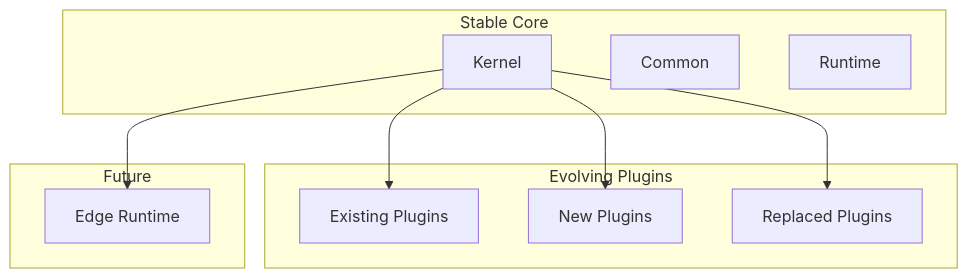
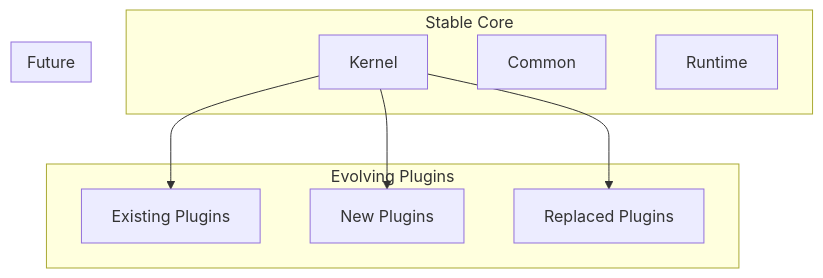
One commit to setu-ts/setu-ts changed diagram 18 of 18 in ARCHITECTURE.md. Above: the diagram before and after it, drawn with Mermaid. The commit also changed 6 other files, not shown here.

````diff
--- a/ARCHITECTURE.md
+++ b/ARCHITECTURE.md
@@ -2446,23 +2446,21 @@
 ```mermaid
 graph TB
     subgraph Stable Core
         Kernel[Kernel]
         Common[Common]
         Runtime[Runtime]
     end
 
     subgraph Evolving Plugins
         Existing[Existing Plugins]
         New[New Plugins]
         Replaced[Replaced Plugins]
     end
 
     subgraph Future
-        Edge[Edge Runtime]
     end
 
     Kernel --> Existing
     Kernel --> New
     Kernel --> Replaced
-    Kernel --> Edge
 ```
````
